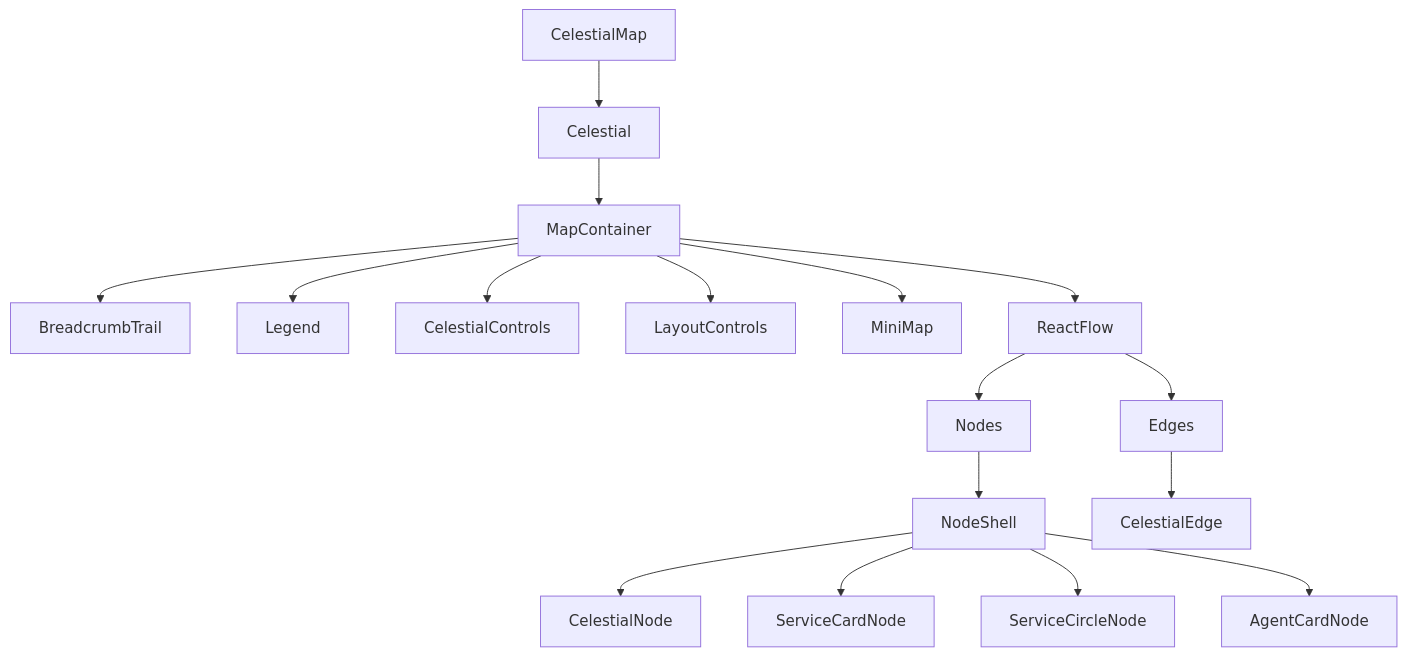
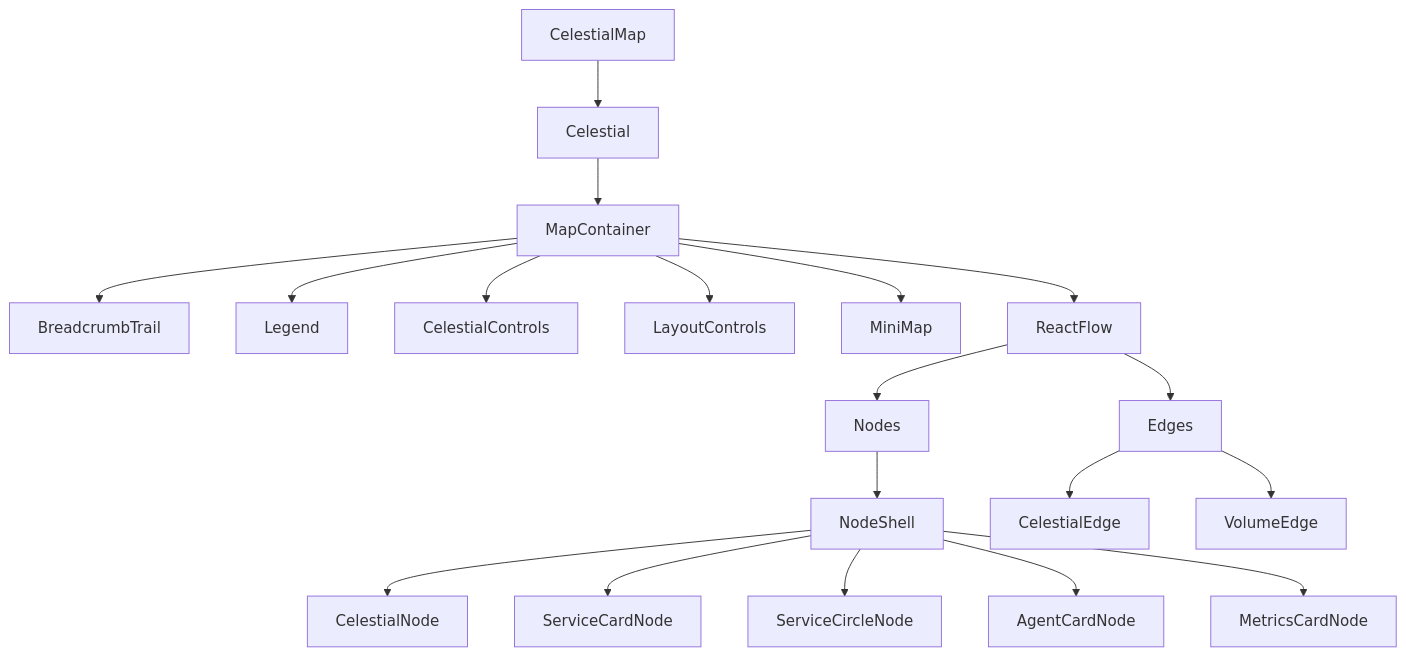
One commit to opensearch-project/OpenSearch-Dashboards changed the first of 2 diagrams in packages/osd-apm-topology/README.md. Above: the diagram before and after it, drawn with Mermaid. The commit also changed other lines of this file and 70 other files, not shown here.

First line of the commit message:
[Explore] Trace details: Gantt polish, timeline zoom slider, and per-trace service Trace map (#12636)

````diff
--- a/packages/osd-apm-topology/README.md
+++ b/packages/osd-apm-topology/README.md
@@ -306,19 +340,21 @@
 ```mermaid
 graph TD
     CM[CelestialMap] --> C[Celestial]
     C --> MC[MapContainer]
     MC --> BT[BreadcrumbTrail]
     MC --> LG[Legend]
     MC --> CC[CelestialControls]
     MC --> LC[LayoutControls]
     MC --> MM[MiniMap]
     MC --> RF[ReactFlow]
     RF --> N[Nodes]
     RF --> E[Edges]
     N --> NS[NodeShell]
     NS --> CN[CelestialNode]
     NS --> SCN[ServiceCardNode]
     NS --> SCiN[ServiceCircleNode]
     NS --> ACN[AgentCardNode]
+    NS --> MCN[MetricsCardNode]
     E --> CE[CelestialEdge]
+    E --> VE[VolumeEdge]
 ```
````
